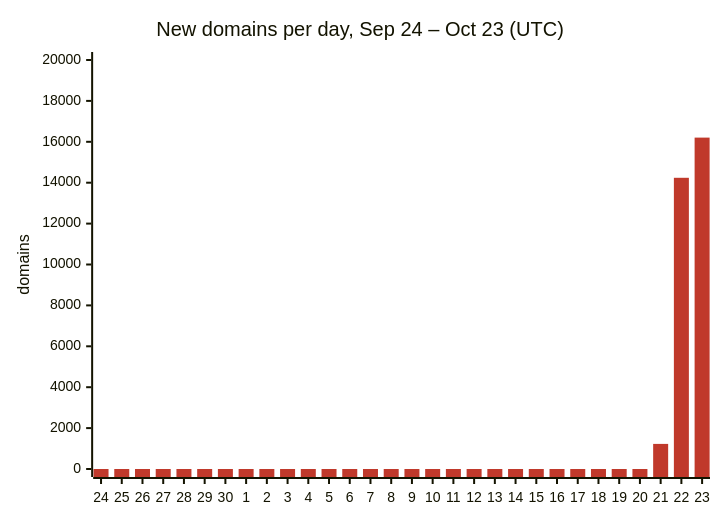
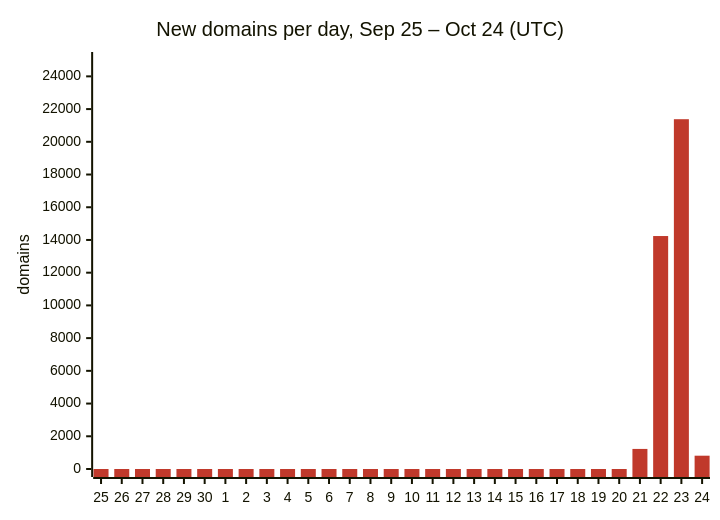
The first of 3 diagrams in README.md (DNSBunker/CTI), drawn with Mermaid before and after one commit. The commit also changed other lines of this file and 3 other files, not shown here.

First line of the commit message:
Update 2026-10-24 00:03 UTC: 631637 domains

````diff
--- a/README.md
+++ b/README.md
@@ -29,8 +29,8 @@
 ```mermaid
 %%{init: {"themeVariables": {"xyChart": {"plotColorPalette": "#c0392b"}}}}%%
 xychart-beta
-    title "New domains per day, Sep 24 – Oct 23 (UTC)"
-    x-axis ["24", "25", "26", "27", "28", "29", "30", "1", "2", "3", "4", "5", "6", "7", "8", "9", "10", "11", "12", "13", "14", "15", "16", "17", "18", "19", "20", "21", "22", "23"]
-    y-axis "domains" 0 --> 20000
-    bar [0, 0, 0, 0, 0, 0, 0, 0, 0, 0, 0, 0, 0, 0, 0, 0, 0, 0, 0, 0, 0, 0, 0, 0, 0, 0, 0, 1227, 14240, 16205]
+    title "New domains per day, Sep 25 – Oct 24 (UTC)"
+    x-axis ["25", "26", "27", "28", "29", "30", "1", "2", "3", "4", "5", "6", "7", "8", "9", "10", "11", "12", "13", "14", "15", "16", "17", "18", "19", "20", "21", "22", "23", "24"]
+    y-axis "domains" 0 --> 25000
+    bar [0, 0, 0, 0, 0, 0, 0, 0, 0, 0, 0, 0, 0, 0, 0, 0, 0, 0, 0, 0, 0, 0, 0, 0, 0, 0, 1227, 14240, 21381, 813]
 ```
````
